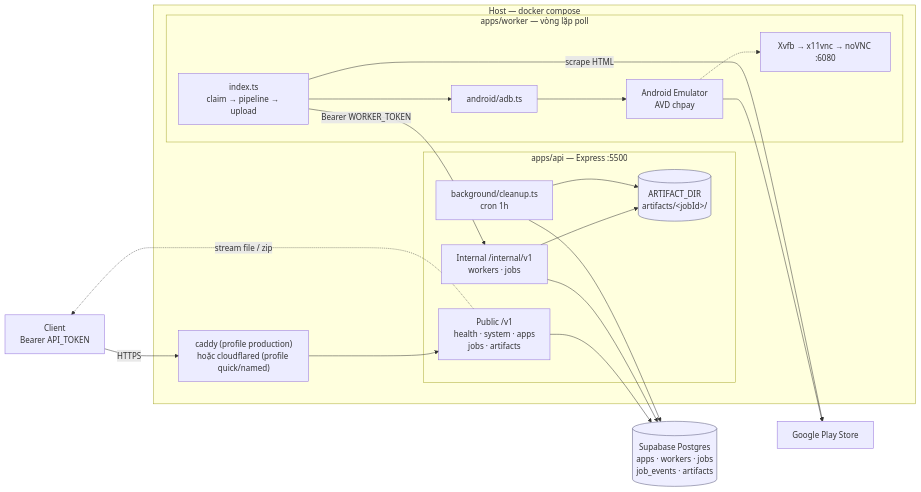
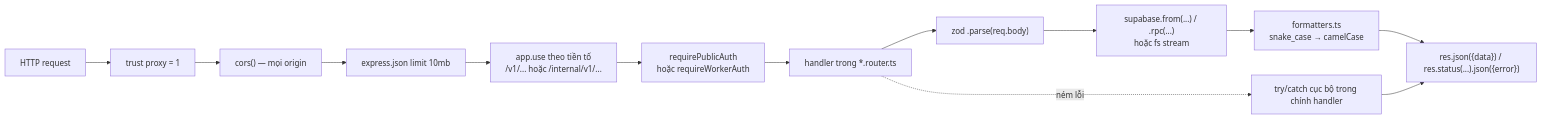
One commit to daclong120-del/app-relay changed the second of 15 diagrams in docs/architecture.md. Above: the diagram before and after it, drawn with Mermaid. The commit also changed other lines of this file and 13 other files, not shown here.

Commit message:
feat: add architecture documentation and KVM enablement script

````diff
--- a/docs/architecture.md
+++ b/docs/architecture.md
@@ -22,42 +371,15 @@
 ```mermaid
 flowchart LR
-    Client["Client<br/>Bearer API_TOKEN"]
-
-    subgraph HOST["Host — docker compose"]
-        Edge["caddy (profile production)<br/>hoặc cloudflared (profile quick/named)"]
-
-        subgraph API["apps/api — Express :5500"]
-            Public["Public /v1<br/>health · system · apps<br/>jobs · artifacts"]
-            Internal["Internal /internal/v1<br/>workers · jobs"]
-            Cron["background/cleanup.ts<br/>cron 1h"]
-            Disk[("ARTIFACT_DIR<br/>artifacts/&lt;jobId&gt;/")]
-        end
-
-        subgraph Worker["apps/worker — vòng lặp poll"]
-            Loop["index.ts<br/>claim → pipeline → upload"]
-            Adb["android/adb.ts"]
-            Emu["Android Emulator<br/>AVD chpay"]
-            VNC["Xvfb → x11vnc → noVNC :6080"]
-        end
-    end
-
-    DB[("Supabase Postgres<br/>apps · workers · jobs<br/>job_events · artifacts")]
-    Play["Google Play Store"]
-
-    Client -->|"HTTPS"| Edge --> Public
-    Public --> DB
-    Internal --> DB
-    Internal --> Disk
-    Cron --> DB
-    Cron --> Disk
-
-    Loop -->|"Bearer WORKER_TOKEN"| Internal
-    Loop --> Adb --> Emu --> Play
-    Loop -->|"scrape HTML"| Play
-    Emu -.-> VNC
-
-    Public -.->|"stream file / zip"| Client
-
-    classDef store fill:#eef,stroke:#557
-    class DB,Disk store
+    A["HTTP request"] --> B["trust proxy = 1"]
+    B --> C["cors() — mọi origin"]
+    C --> D["express.json limit 10mb"]
+    D --> E["app.use theo tiền tố<br/>/v1/... hoặc /internal/v1/..."]
+    E --> F["requirePublicAuth<br/>hoặc requireWorkerAuth"]
+    F --> G["handler trong *.router.ts"]
+    G --> H["zod .parse(req.body)"]
+    H --> I["supabase.from(...) / .rpc(...)<br/>hoặc fs stream"]
+    I --> J["formatters.ts<br/>snake_case → camelCase"]
+    J --> K["res.json({data}) / res.status(...).json({error})"]
+    G -.->|"ném lỗi"| L["try/catch cục bộ trong chính handler"]
+    L --> K
 ```
````
